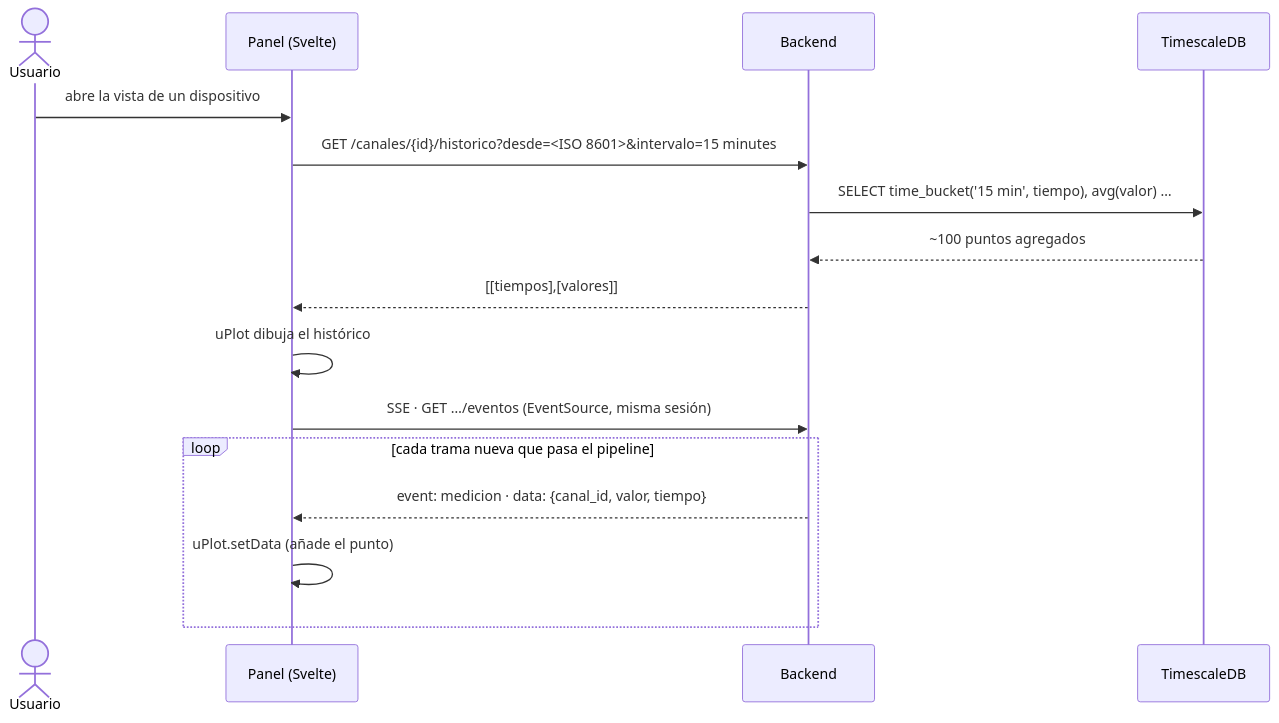
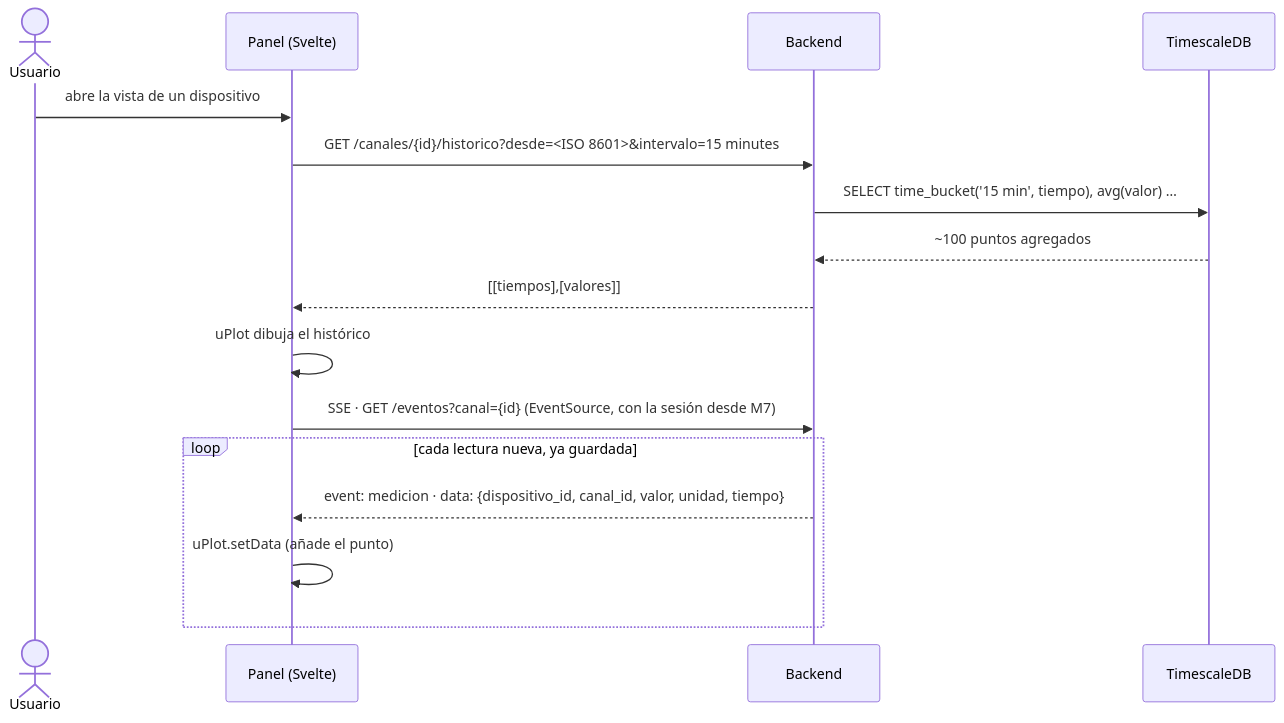
The diagram in informe-oficial/figuras/mermaid/sec-tiemporeal.mmd (vicenterami/tesis), drawn with Mermaid before and after one commit. The commit also changed 46 other files, not shown here.

First line of the commit message:
Agrega el canal de tiempo real (SSE) y corrige lo encontrado al revisarlo

```diff
--- a/informe-oficial/figuras/mermaid/sec-tiemporeal.mmd
+++ b/informe-oficial/figuras/mermaid/sec-tiemporeal.mmd
@@ -1,17 +1,17 @@
 sequenceDiagram
     actor U as Usuario
     participant FE as Panel (Svelte)
     participant API as Backend
     participant DB as TimescaleDB
 
     U->>FE: abre la vista de un dispositivo
     FE->>API: GET /canales/{id}/historico?desde=<ISO 8601>&intervalo=15 minutes
     API->>DB: SELECT time_bucket('15 min', tiempo), avg(valor) …
     DB-->>API: ~100 puntos agregados
     API-->>FE: [[tiempos],[valores]]
     FE->>FE: uPlot dibuja el histórico
-    FE->>API: SSE · GET …/eventos (EventSource, misma sesión)
-    loop cada trama nueva que pasa el pipeline
-        API-->>FE: event: medicion · data: {canal_id, valor, tiempo}
+    FE->>API: SSE · GET /eventos?canal={id} (EventSource, con la sesión desde M7)
+    loop cada lectura nueva, ya guardada
+        API-->>FE: event: medicion · data: {dispositivo_id, canal_id, valor, unidad, tiempo}
         FE->>FE: uPlot.setData (añade el punto)
     end
```
